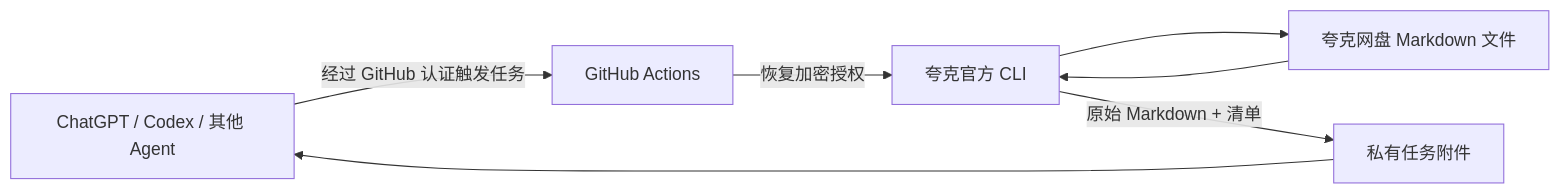
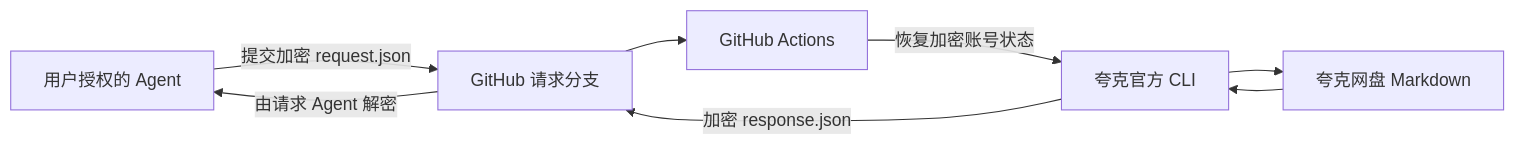
One commit to chenyang-99/quark-skill changed the diagram in README.md. Above: the diagram before and after it, drawn with Mermaid. The commit also changed other lines of this file and 14 other files, not shown here.

````diff
--- a/README.md
+++ b/README.md
@@ -9,9 +8,10 @@
 ```mermaid
 flowchart LR
-  A[ChatGPT / Codex / 其他 Agent] -->|经过 GitHub 认证触发任务| B[GitHub Actions]
-  B -->|恢复加密授权| C[夸克官方 CLI]
-  C --> D[夸克网盘 Markdown 文件]
-  D --> C
-  C -->|原始 Markdown + 清单| E[私有任务附件]
-  E --> A
+  A[用户授权的 Agent] -->|提交加密 request.json| B[GitHub 请求分支]
+  B --> C[GitHub Actions]
+  C -->|恢复加密账号状态| D[夸克官方 CLI]
+  D --> E[夸克网盘 Markdown]
+  E --> D
+  D -->|加密 response.json| B
+  B -->|由请求 Agent 解密| A
 ```
````
